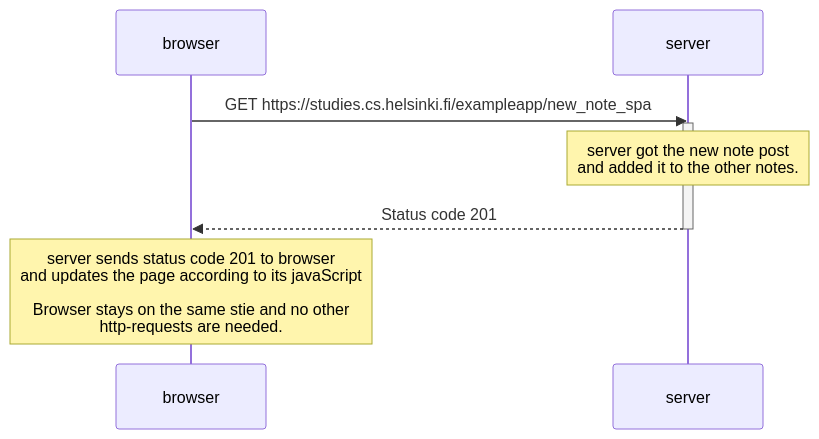
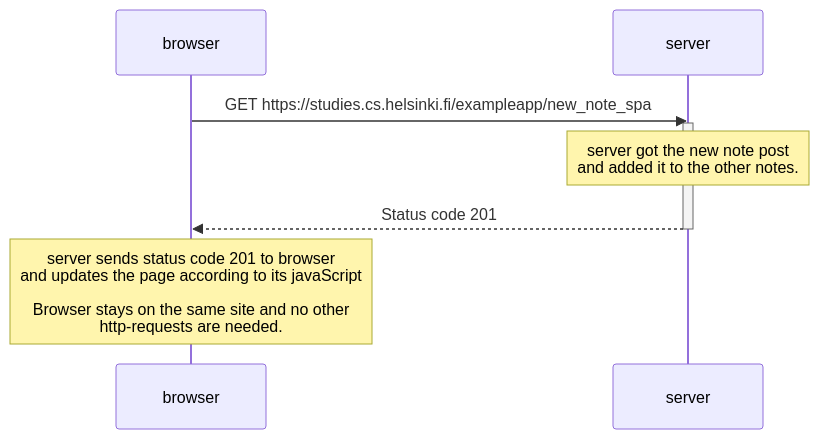
One commit to LKonsta/FullStack2024 changed the diagram in Part0/0-6.md. Above: the diagram before and after it, drawn with Mermaid. The commit also changed 14 other files, not shown here.

````diff
--- a/Part0/0-6.md
+++ b/Part0/0-6.md
@@ -1,15 +1,15 @@
 ```mermaid
 sequenceDiagram
     participant browser
     participant server
 
     browser->>server: GET https://studies.cs.helsinki.fi/exampleapp/new_note_spa
     activate server
     
     Note over server: server got the new note post<br/>and added it to the other notes.
 
     server-->>browser: Status code 201
     deactivate server
 
-    Note over browser: server sends status code 201 to browser<br/>and updates the page according to its javaScript<br/><br/>Browser stays on the same stie and no other<br/>http-requests are needed.
+    Note over browser: server sends status code 201 to browser<br/>and updates the page according to its javaScript<br/><br/>Browser stays on the same site and no other<br/>http-requests are needed.
 ```
````
